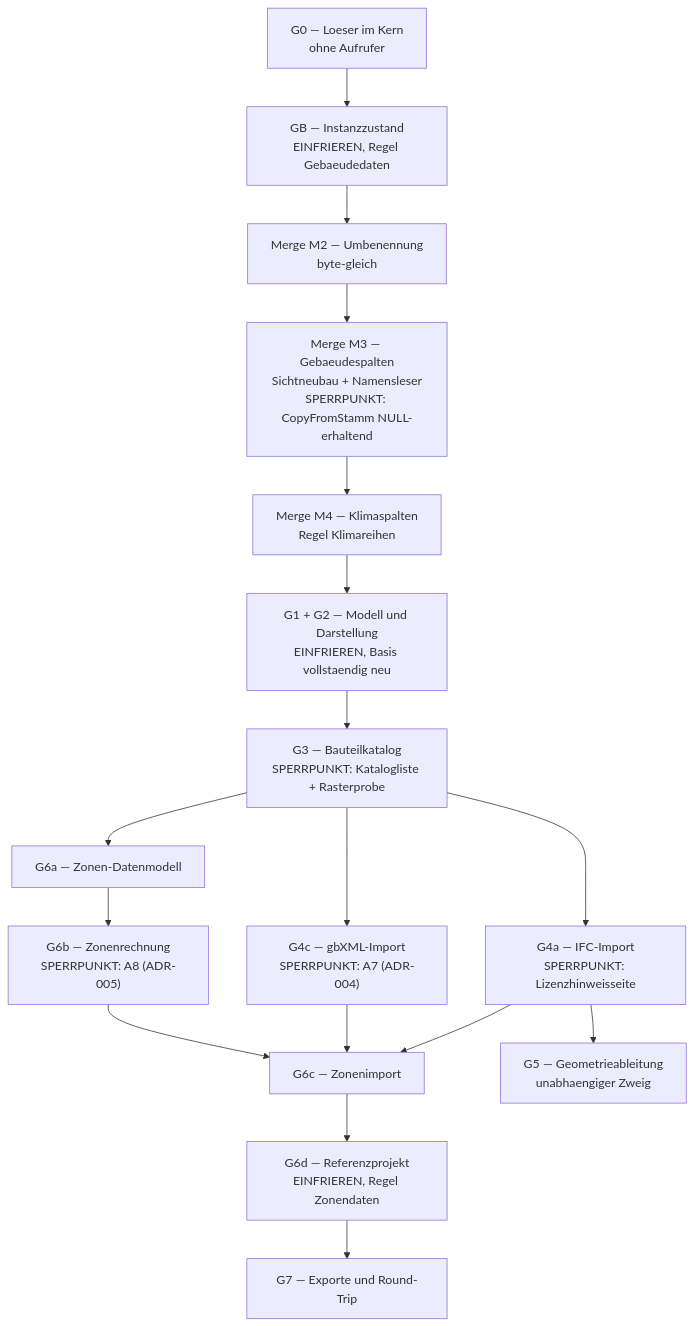
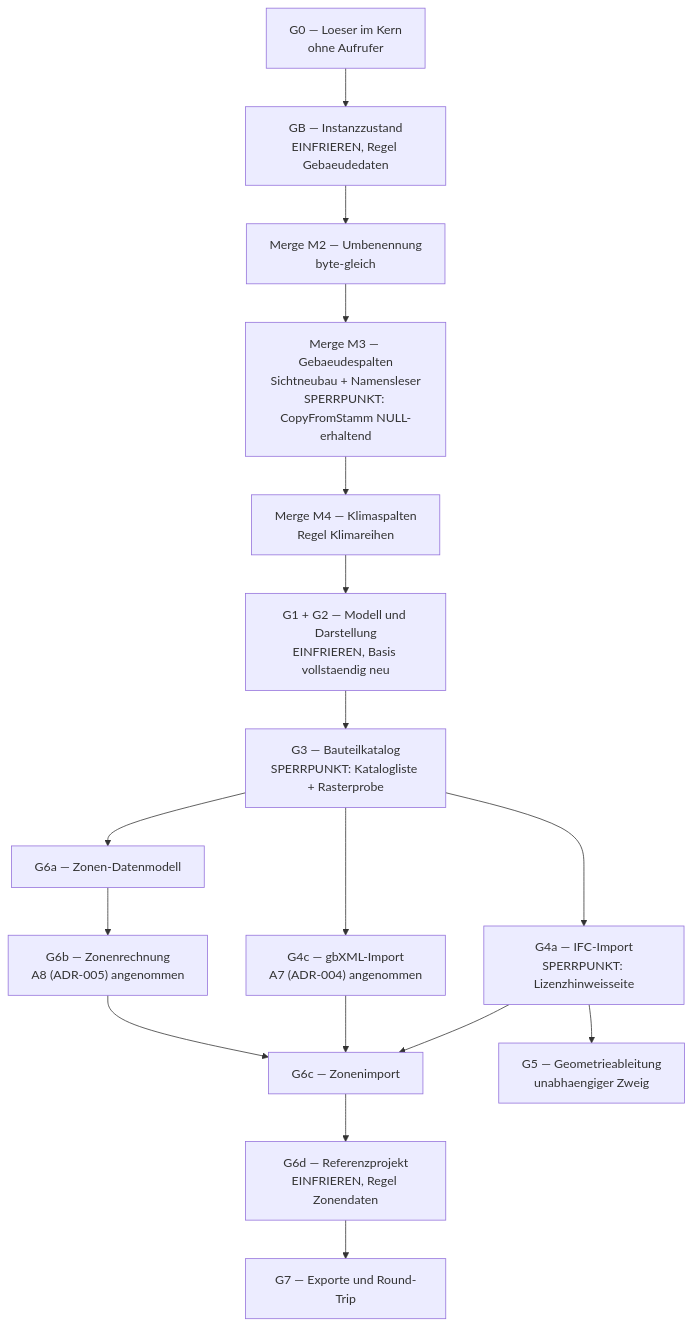
Before and after one commit to inekon/EPOS-Plan: diagram 16 of 16 in Dokumentation/aktuell/Softwarearchitektur_Gebaeudesimulation_EPOS-Plan.md, drawn with Mermaid. The commit also changed other lines of this file and 15 other files, not shown here.

````diff
--- a/Dokumentation/aktuell/Softwarearchitektur_Gebaeudesimulation_EPOS-Plan.md
+++ b/Dokumentation/aktuell/Softwarearchitektur_Gebaeudesimulation_EPOS-Plan.md
@@ -1888,19 +1889,19 @@
 ```mermaid
 flowchart TB
   G0["G0 — Loeser im Kern<br/>ohne Aufrufer"] --> GB["GB — Instanzzustand<br/>EINFRIEREN, Regel Gebaeudedaten"]
   GB --> M2["Merge M2 — Umbenennung<br/>byte-gleich"]
   M2 --> M3["Merge M3 — Gebaeudespalten<br/>Sichtneubau + Namensleser<br/>SPERRPUNKT: CopyFromStamm NULL-erhaltend"]
   M3 --> M4["Merge M4 — Klimaspalten<br/>Regel Klimareihen"]
   M4 --> G12["G1 + G2 — Modell und Darstellung<br/>EINFRIEREN, Basis vollstaendig neu"]
   G12 --> G3["G3 — Bauteilkatalog<br/>SPERRPUNKT: Katalogliste + Rasterprobe"]
   G3 --> G4A["G4a — IFC-Import<br/>SPERRPUNKT: Lizenzhinweisseite"]
-  G3 --> G4C["G4c — gbXML-Import<br/>SPERRPUNKT: A7 (ADR-004)"]
+  G3 --> G4C["G4c — gbXML-Import<br/>A7 (ADR-004) angenommen"]
   G3 --> G6A["G6a — Zonen-Datenmodell"]
   G4A --> G6C
   G4C --> G6C
-  G6A --> G6B["G6b — Zonenrechnung<br/>SPERRPUNKT: A8 (ADR-005)"]
+  G6A --> G6B["G6b — Zonenrechnung<br/>A8 (ADR-005) angenommen"]
   G6B --> G6C["G6c — Zonenimport"]
   G6C --> G6D["G6d — Referenzprojekt<br/>EINFRIEREN, Regel Zonendaten"]
   G6D --> G7["G7 — Exporte und Round-Trip"]
   G4A --> G5["G5 — Geometrieableitung<br/>unabhaengiger Zweig"]
 ```
````
